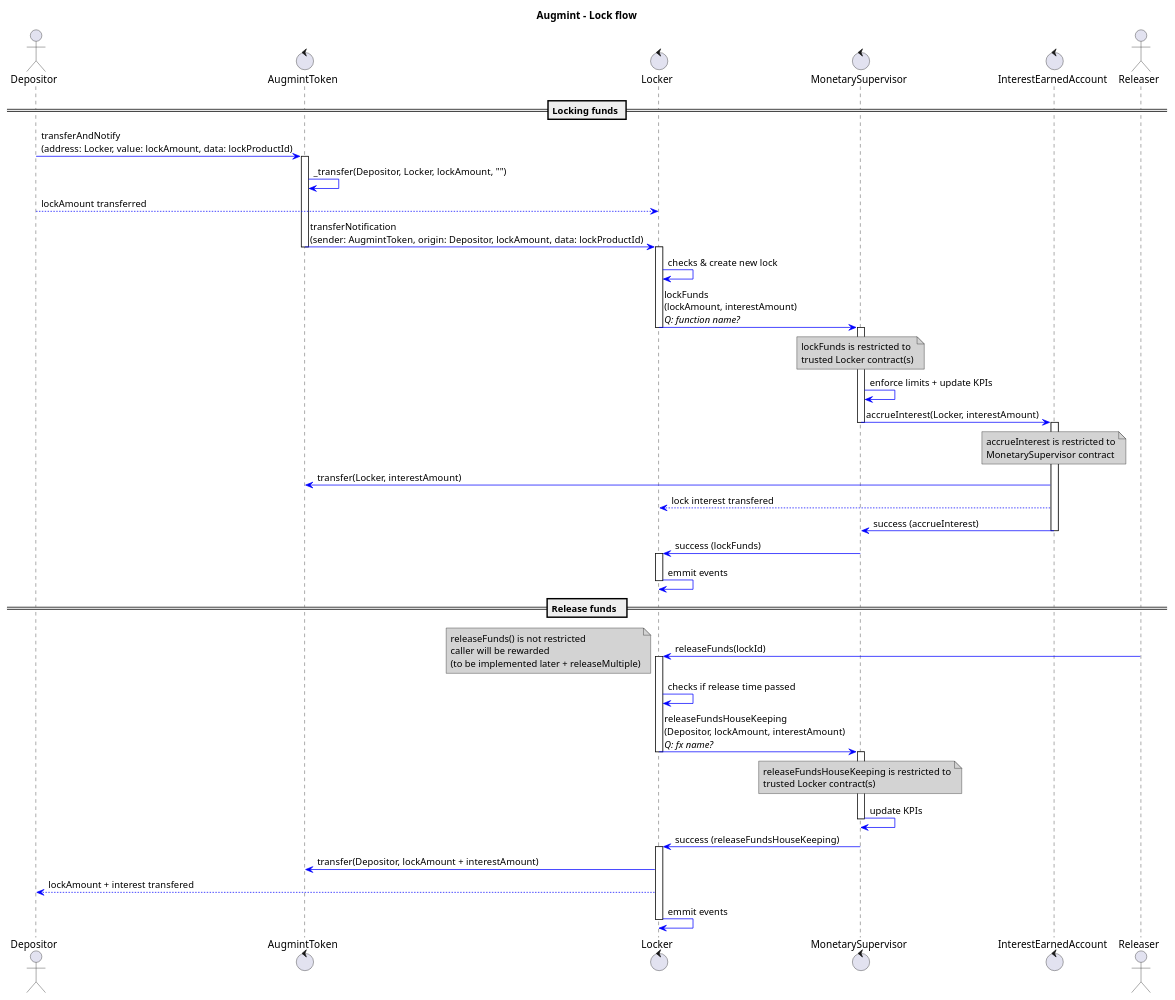
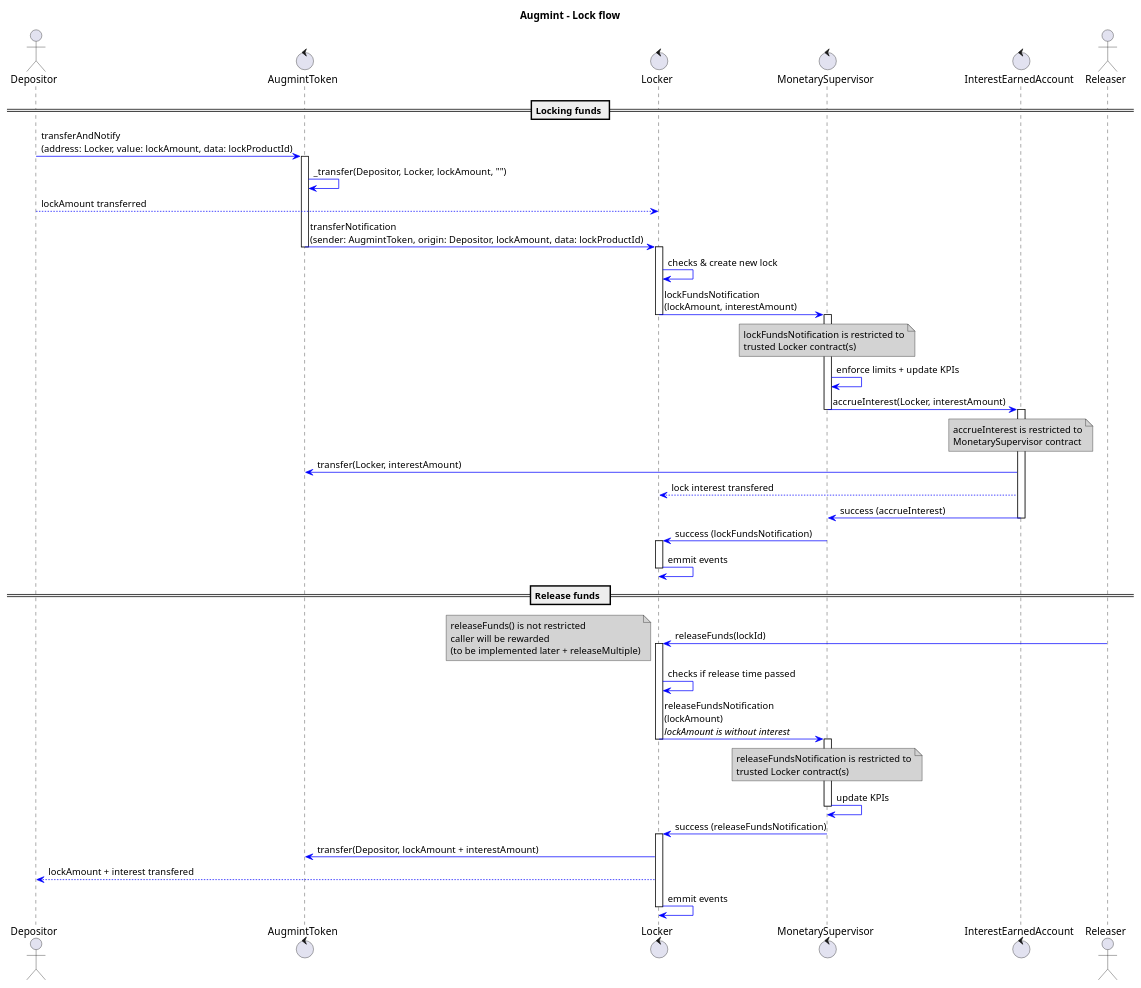
The diagram in docs/lockFlow.plantuml (Augmint/augmint-contracts), drawn with PlantUML before and after one commit. The commit also changed 1 other file, not shown here.

```diff
--- a/docs/lockFlow.plantuml
+++ b/docs/lockFlow.plantuml
@@ -1,80 +1,80 @@
 @startuml
 title **Augmint** - Lock flow
 skinparam ArrowColor #blue
 skinparam noteBackgroundColor #lightgrey
 
 actor Depositor
 control AugmintToken
 control Locker
 control MonetarySupervisor
 control InterestEarnedAccount
 actor Releaser
 
 == Locking funds ==
 Depositor -> AugmintToken : transferAndNotify\n(address: Locker, value: lockAmount, data: lockProductId)
 
 activate AugmintToken
     AugmintToken -> AugmintToken : _transfer(Depositor, Locker, lockAmount, "")
     Depositor --> Locker : lockAmount transferred
     AugmintToken -> Locker : transferNotification\n(sender: AugmintToken, origin: Depositor, lockAmount, data: lockProductId)
 deactivate AugmintToken
 
 activate Locker
     Locker -> Locker : checks & create new lock
-    Locker -> MonetarySupervisor : lockFunds\n(lockAmount, interestAmount)\n//Q: function name?//
+    Locker -> MonetarySupervisor : lockFundsNotification\n(lockAmount, interestAmount)
     note over MonetarySupervisor
-        lockFunds is restricted to
+        lockFundsNotification is restricted to
         trusted Locker contract(s)
     end note
 deactivate Locker
 
 activate MonetarySupervisor
     MonetarySupervisor -> MonetarySupervisor : enforce limits + update KPIs
     MonetarySupervisor -> InterestEarnedAccount : accrueInterest(Locker, interestAmount)
 deactivate MonetarySupervisor
 
 activate InterestEarnedAccount
     note over InterestEarnedAccount
         accrueInterest is restricted to
         MonetarySupervisor contract
     end note
     InterestEarnedAccount -> AugmintToken : transfer(Locker, interestAmount)
     InterestEarnedAccount --> Locker : lock interest transfered
     InterestEarnedAccount -> MonetarySupervisor : success (accrueInterest)
 deactivate InterestEarnedAccount
 
-MonetarySupervisor -> Locker : success (lockFunds)
+MonetarySupervisor -> Locker : success (lockFundsNotification)
 
 activate Locker
     Locker -> Locker : emmit events
 deactivate Locker
 
 == Release funds  ==
 Releaser -> Locker : releaseFunds(lockId)
 note left
     releaseFunds() is not restricted
     caller will be rewarded
     (to be implemented later + releaseMultiple)
 end note
 
 activate Locker
     Locker -> Locker : checks if release time passed
-    Locker -> MonetarySupervisor : releaseFundsHouseKeeping\n(Depositor, lockAmount, interestAmount)\n//Q: fx name?//
+    Locker -> MonetarySupervisor : releaseFundsNotification\n(lockAmount)\n//lockAmount is without interest//
 deactivate Locker
 
 activate MonetarySupervisor
     note over MonetarySupervisor
-        releaseFundsHouseKeeping is restricted to
+        releaseFundsNotification is restricted to
         trusted Locker contract(s)
     end note
     MonetarySupervisor -> MonetarySupervisor : update KPIs
 deactivate MonetarySupervisor
 
-MonetarySupervisor -> Locker : success (releaseFundsHouseKeeping)
+MonetarySupervisor -> Locker : success (releaseFundsNotification)
 
 activate Locker
     Locker -> AugmintToken : transfer(Depositor, lockAmount + interestAmount)
     Locker --> Depositor : lockAmount + interest transfered
 Locker -> Locker : emmit events
 deactivate Locker
 @enduml
```
